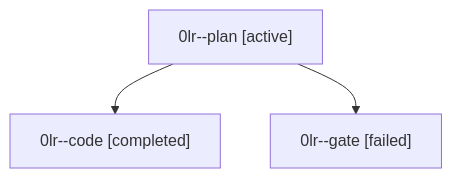
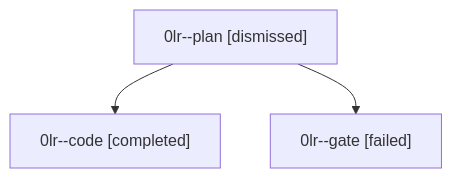
The diagram in sessions/bbugyi200.athena.0lr.md (sase-org/sase--agents), drawn with Mermaid before and after one commit. The commit also changed other lines of this file and 42 other files, not shown here.

````diff
--- a/sessions/bbugyi200.athena.0lr.md
+++ b/sessions/bbugyi200.athena.0lr.md
@@ -9,8 +9,8 @@
 ```mermaid
 flowchart TD
-  n0["0lr--plan [active]"]
+  n0["0lr--plan [dismissed]"]
   n1["0lr--code [completed]"]
   n0 --> n1
   n2["0lr--gate [failed]"]
   n0 --> n2
 ```
````
